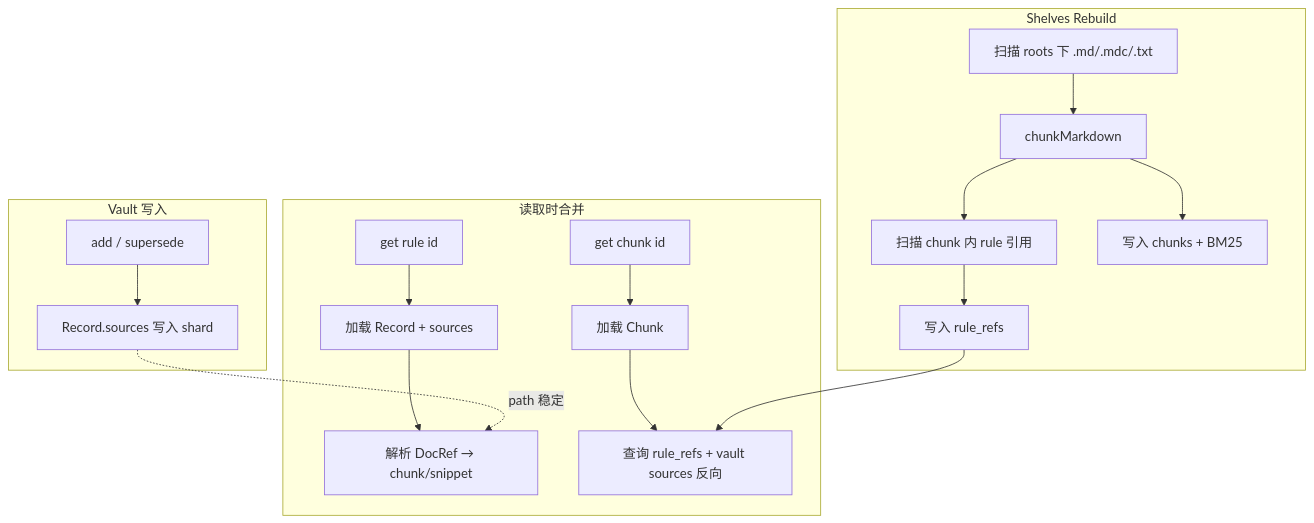
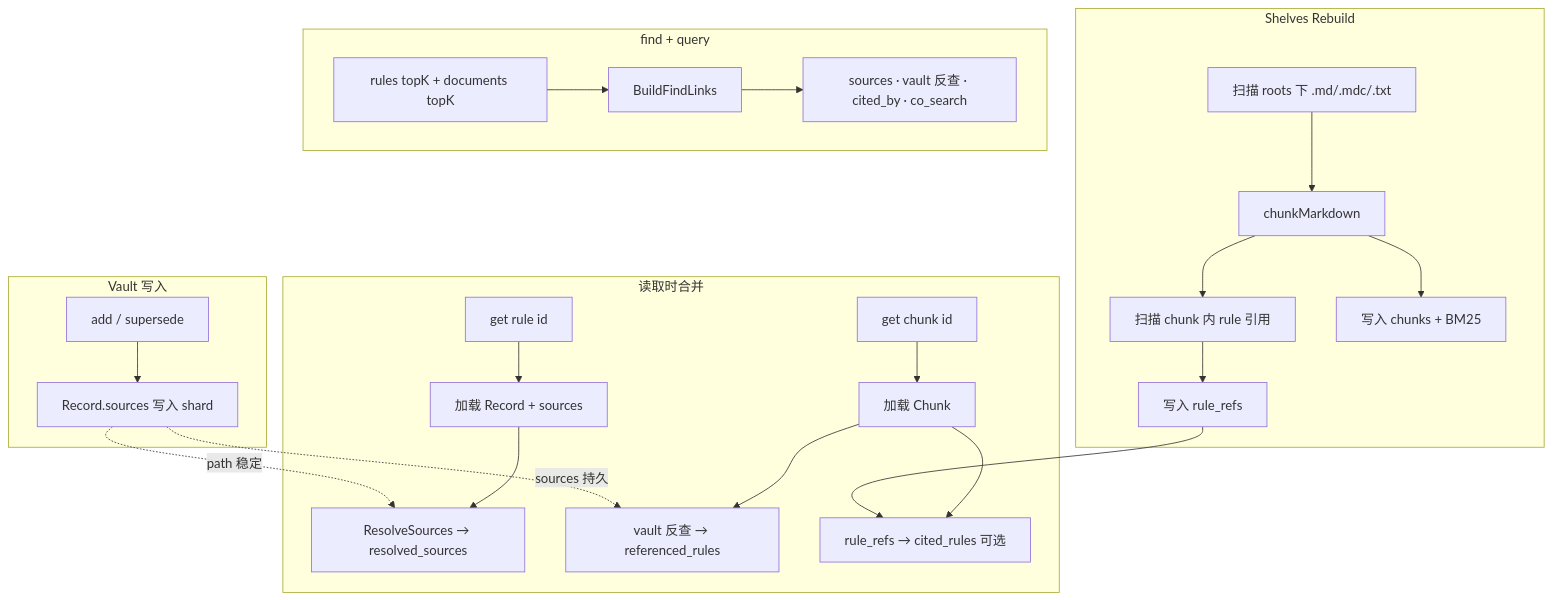
One commit to SteamedBread2333/imprint changed the diagram in docs/imprint-shelves-linking.zh.md. Above: the diagram before and after it, drawn with Mermaid. The commit also changed other lines of this file and 33 other files, not shown here.

````diff
--- a/docs/imprint-shelves-linking.zh.md
+++ b/docs/imprint-shelves-linking.zh.md
@@ -164,23 +179,30 @@
 ```mermaid
 flowchart TB
   subgraph vault_write [Vault 写入]
     A[add / supersede] --> B[Record.sources 写入 shard]
   end
 
   subgraph shelves_rebuild [Shelves Rebuild]
     C[扫描 roots 下 .md/.mdc/.txt] --> D[chunkMarkdown]
     D --> E[扫描 chunk 内 rule 引用]
     E --> F[写入 rule_refs]
     D --> G[写入 chunks + BM25]
   end
 
   subgraph read_path [读取时合并]
     H[get rule id] --> I[加载 Record + sources]
-    I --> J[解析 DocRef → chunk/snippet]
+    I --> J[ResolveSources → resolved_sources]
     K[get chunk id] --> L[加载 Chunk]
-    L --> M[查询 rule_refs + vault sources 反向]
+    L --> M[vault 反查 → referenced_rules]
+    L --> N[rule_refs → cited_rules 可选]
+    F --> N
+  end
+
+  subgraph find_path [find + query]
+    P[rules topK + documents topK] --> Q[BuildFindLinks]
+    Q --> R[sources · vault 反查 · cited_by · co_search]
   end
 
   B -.->|path 稳定| J
-  F --> M
+  B -.->|sources 持久| M
 ```
````
